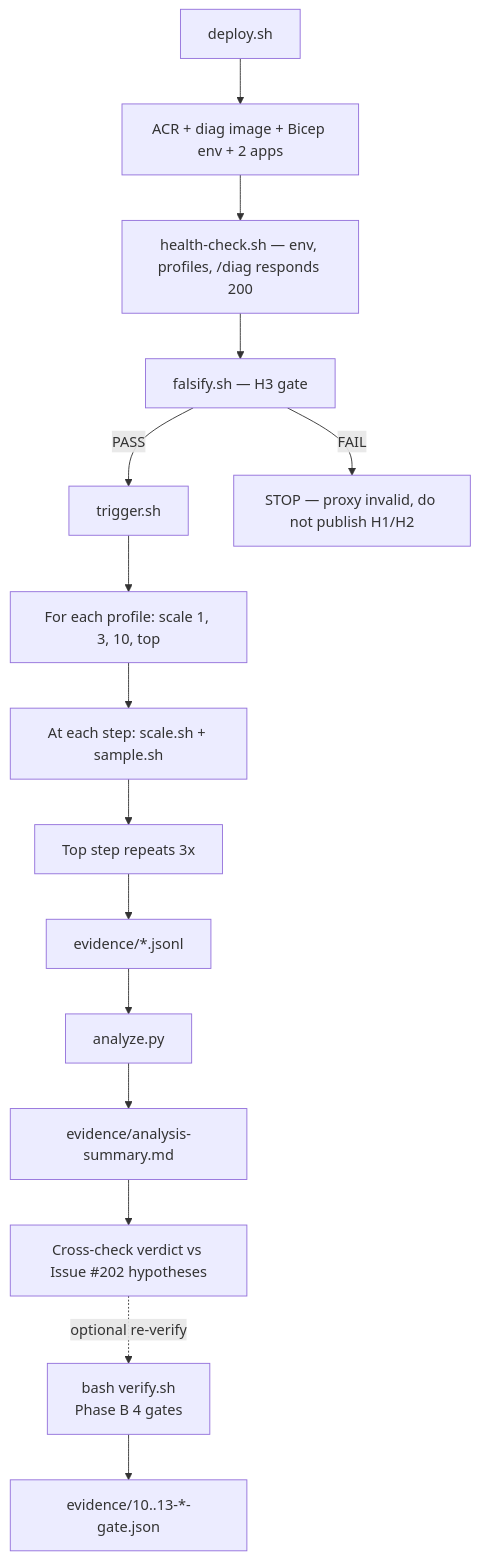
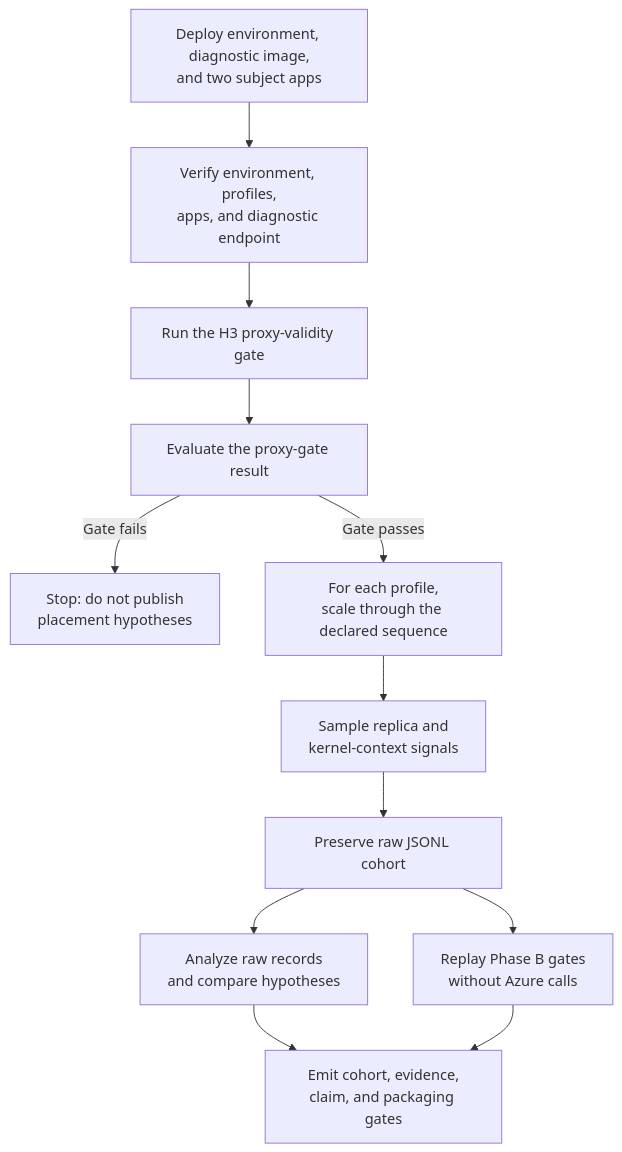
One commit to yeongseon/azure-container-apps-practical-guide changed the diagram in labs/replica-node-spread/README.md. Above: the diagram before and after it, drawn with Mermaid. The commit also changed other lines of this file and 19 other files, not shown here.

First line of the commit message:
docs(diagrams): migrate remaining troubleshooting diagrams (#629)

````diff
--- a/labs/replica-node-spread/README.md
+++ b/labs/replica-node-spread/README.md
@@ -178,17 +189,29 @@
 ```mermaid
 flowchart TD
-    A[deploy.sh] --> B[ACR + diag image + Bicep env + 2 apps]
-    B --> C[health-check.sh — env, profiles, /diag responds 200]
-    C --> D[falsify.sh — H3 gate]
-    D -->|PASS| E[trigger.sh]
-    D -->|FAIL| Z[STOP — proxy invalid, do not publish H1/H2]
-    E --> F[For each profile: scale 1, 3, 10, top]
-    F --> G[At each step: scale.sh + sample.sh]
-    G --> H[Top step repeats 3x]
-    H --> I[evidence/*.jsonl]
-    I --> J[analyze.py]
-    J --> K[evidence/analysis-summary.md]
-    K --> L[Cross-check verdict vs Issue #202 hypotheses]
-    L -.optional re-verify.-> V[bash verify.sh<br/>Phase B 4 gates]
-    V --> W[evidence/10..13-*-gate.json]
+    accTitle: Replica node-spread experiment and evidence gates
+    accDescr: Validate the kernel-context proxy before scaling and sampling both workload profiles, then analyze raw JSONL and replay the offline evidence gates.
+
+    DEPLOY[Deploy environment, diagnostic image,<br/>and two subject apps]
+    HEALTH[Verify environment, profiles,<br/>apps, and diagnostic endpoint]
+    PROXY[Run the H3 proxy-validity gate]
+    VALID[Evaluate the proxy-gate result]
+    STOP[Stop: do not publish<br/>placement hypotheses]
+    SCALE[For each profile,<br/>scale through the declared sequence]
+    SAMPLE[Sample replica and<br/>kernel-context signals]
+    RAW[Preserve raw JSONL cohort]
+    ANALYZE[Analyze raw records<br/>and compare hypotheses]
+    VERIFY[Replay Phase B gates<br/>without Azure calls]
+    GATES[Emit cohort, evidence,<br/>claim, and packaging gates]
+
+    DEPLOY --> HEALTH
+    HEALTH --> PROXY
+    PROXY --> VALID
+    VALID -->|Gate fails| STOP
+    VALID -->|Gate passes| SCALE
+    SCALE --> SAMPLE
+    SAMPLE --> RAW
+    RAW --> ANALYZE
+    RAW --> VERIFY
+    ANALYZE --> GATES
+    VERIFY --> GATES
 ```
````
